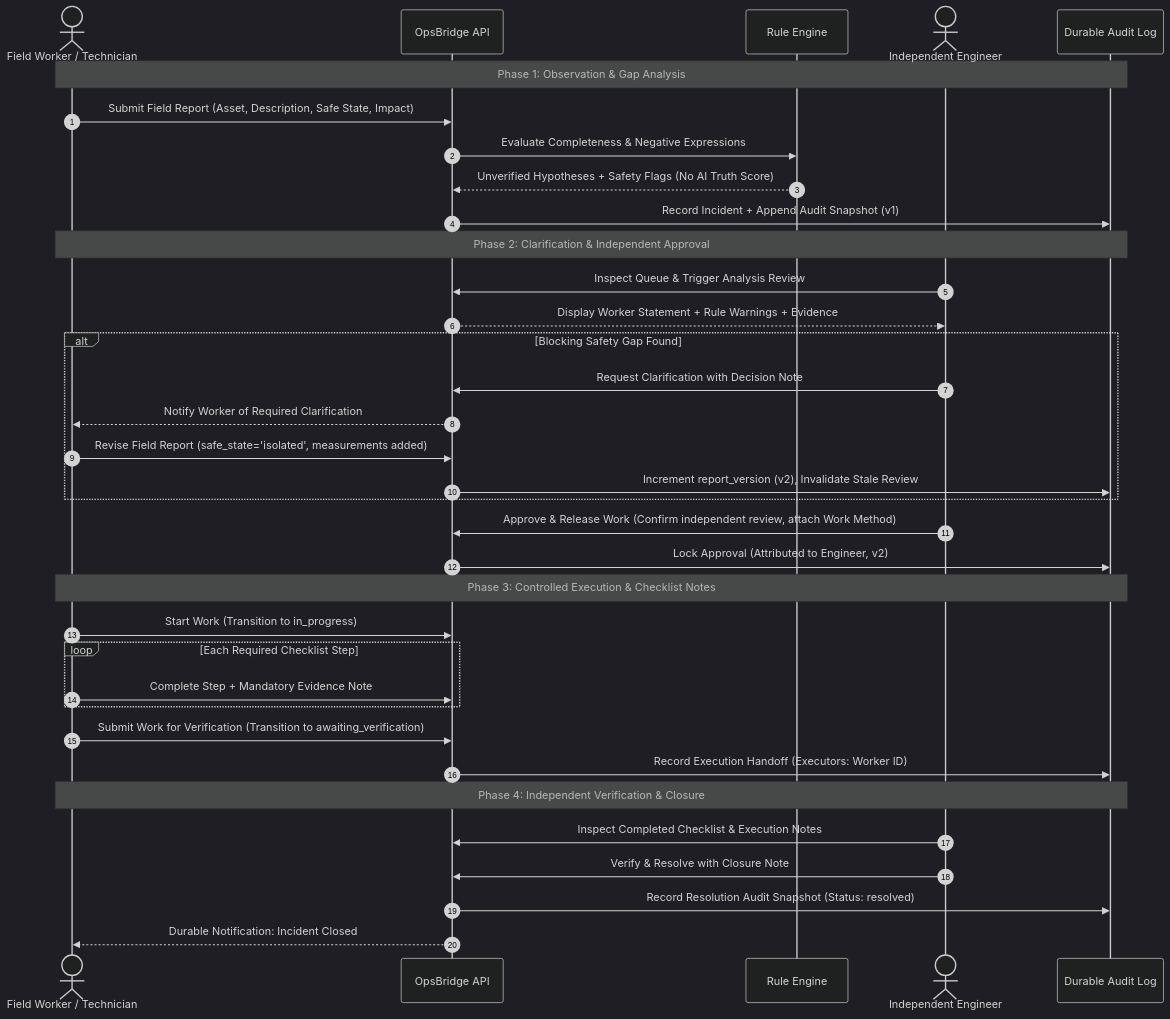
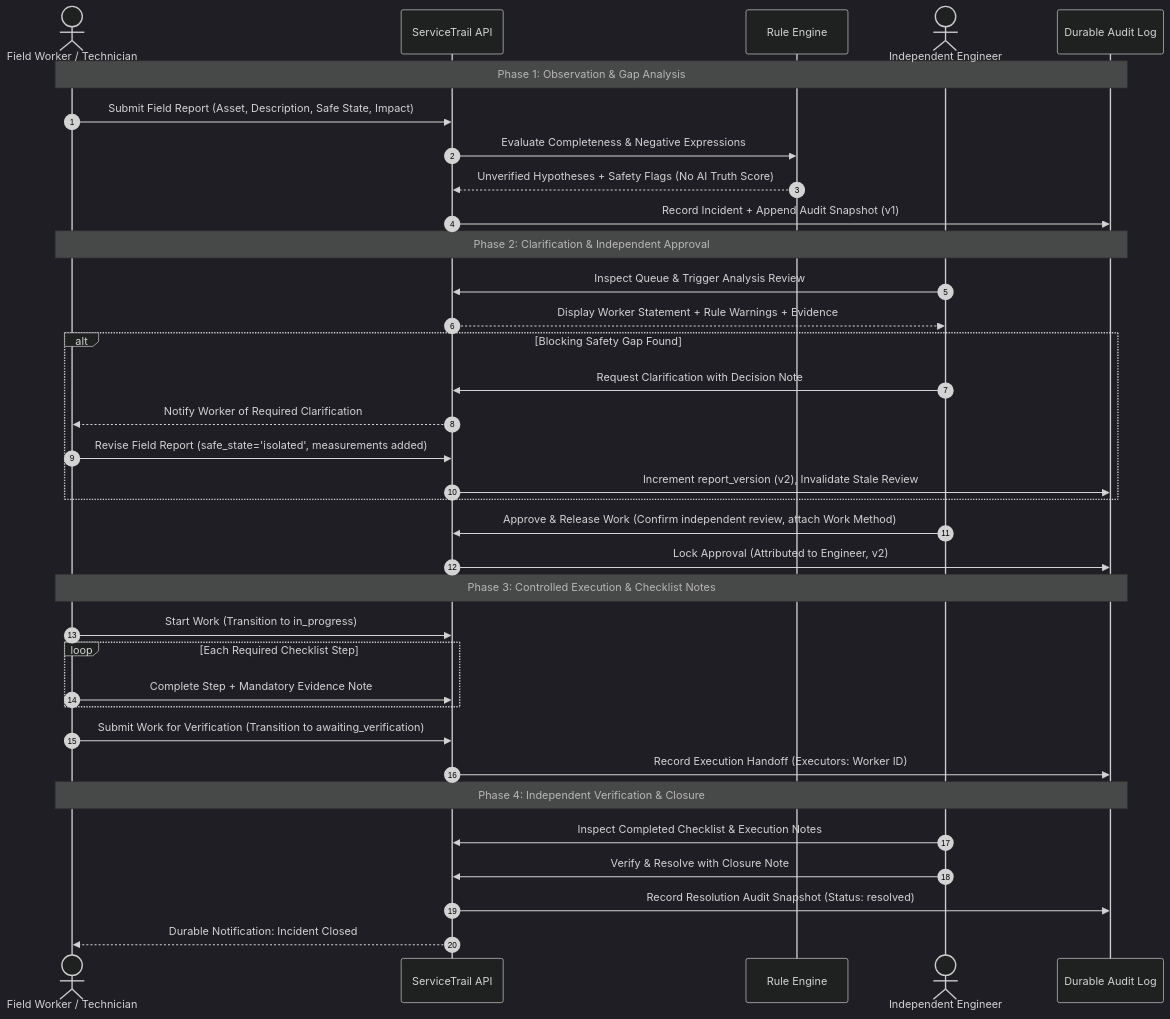
The third of 6 diagrams in docs/architecture-diagrams.md (PriyanshuChauhan-007/ServiceTrail), drawn with Mermaid (dark theme) before and after one commit. The commit also changed other lines of this file and 44 other files, not shown here.

Commit message:
refactor: rename project to ServiceTrail

````diff
--- a/docs/architecture-diagrams.md
+++ b/docs/architecture-diagrams.md
@@ -113,41 +113,41 @@
 ```mermaid
 sequenceDiagram
     autonumber
     actor W as Field Worker / Technician
-    participant API as OpsBridge API
+    participant API as ServiceTrail API
     participant Rule as Rule Engine
     actor E as Independent Engineer
     participant DB as Durable Audit Log
 
     Note over W,DB: Phase 1: Observation & Gap Analysis
     W->>API: Submit Field Report (Asset, Description, Safe State, Impact)
     API->>Rule: Evaluate Completeness & Negative Expressions
     Rule-->>API: Unverified Hypotheses + Safety Flags (No AI Truth Score)
     API->>DB: Record Incident + Append Audit Snapshot (v1)
 
     Note over W,DB: Phase 2: Clarification & Independent Approval
     E->>API: Inspect Queue & Trigger Analysis Review
     API-->>E: Display Worker Statement + Rule Warnings + Evidence
     alt Blocking Safety Gap Found
         E->>API: Request Clarification with Decision Note
         API-->>W: Notify Worker of Required Clarification
         W->>API: Revise Field Report (safe_state='isolated', measurements added)
         API->>DB: Increment report_version (v2), Invalidate Stale Review
     end
     E->>API: Approve & Release Work (Confirm independent review, attach Work Method)
     API->>DB: Lock Approval (Attributed to Engineer, v2)
 
     Note over W,DB: Phase 3: Controlled Execution & Checklist Notes
     W->>API: Start Work (Transition to in_progress)
     loop Each Required Checklist Step
         W->>API: Complete Step + Mandatory Evidence Note
     end
     W->>API: Submit Work for Verification (Transition to awaiting_verification)
     API->>DB: Record Execution Handoff (Executors: Worker ID)
 
     Note over W,DB: Phase 4: Independent Verification & Closure
     E->>API: Inspect Completed Checklist & Execution Notes
     E->>API: Verify & Resolve with Closure Note
     API->>DB: Record Resolution Audit Snapshot (Status: resolved)
     API-->>W: Durable Notification: Incident Closed
 ```
````
